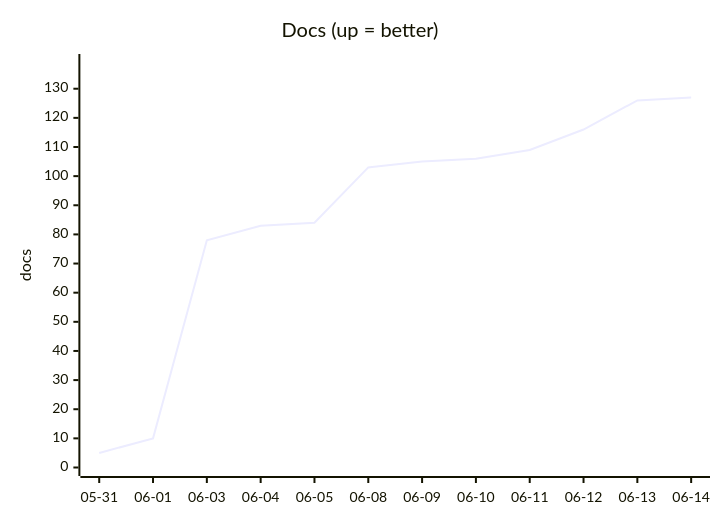
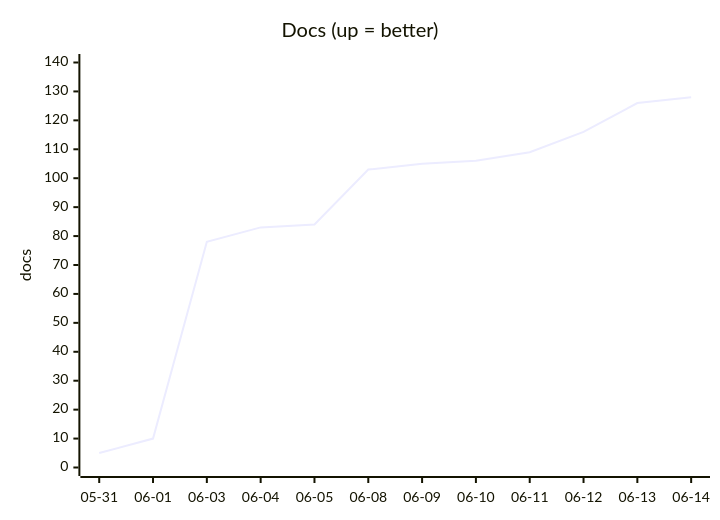
Before and after one commit to Neoptolemospapadiofantous/automation_dashboard: the fifth of 5 diagrams in docs/hermes/effectiveness.md, drawn with Mermaid. The commit also changed other lines of this file and 1 other file, not shown here.

````diff
--- a/docs/hermes/effectiveness.md
+++ b/docs/hermes/effectiveness.md
@@ -60,7 +79,7 @@
 ```mermaid
 xychart-beta
     title "Docs  (up = better)"
     x-axis ["05-31", "06-01", "06-03", "06-04", "06-05", "06-08", "06-09", "06-10", "06-11", "06-12", "06-13", "06-14"]
-    y-axis "docs" 0 --> 139
-    line [5, 10, 78, 83, 84, 103, 105, 106, 109, 116, 126, 127]
+    y-axis "docs" 0 --> 140
+    line [5, 10, 78, 83, 84, 103, 105, 106, 109, 116, 126, 128]
 ```
````
